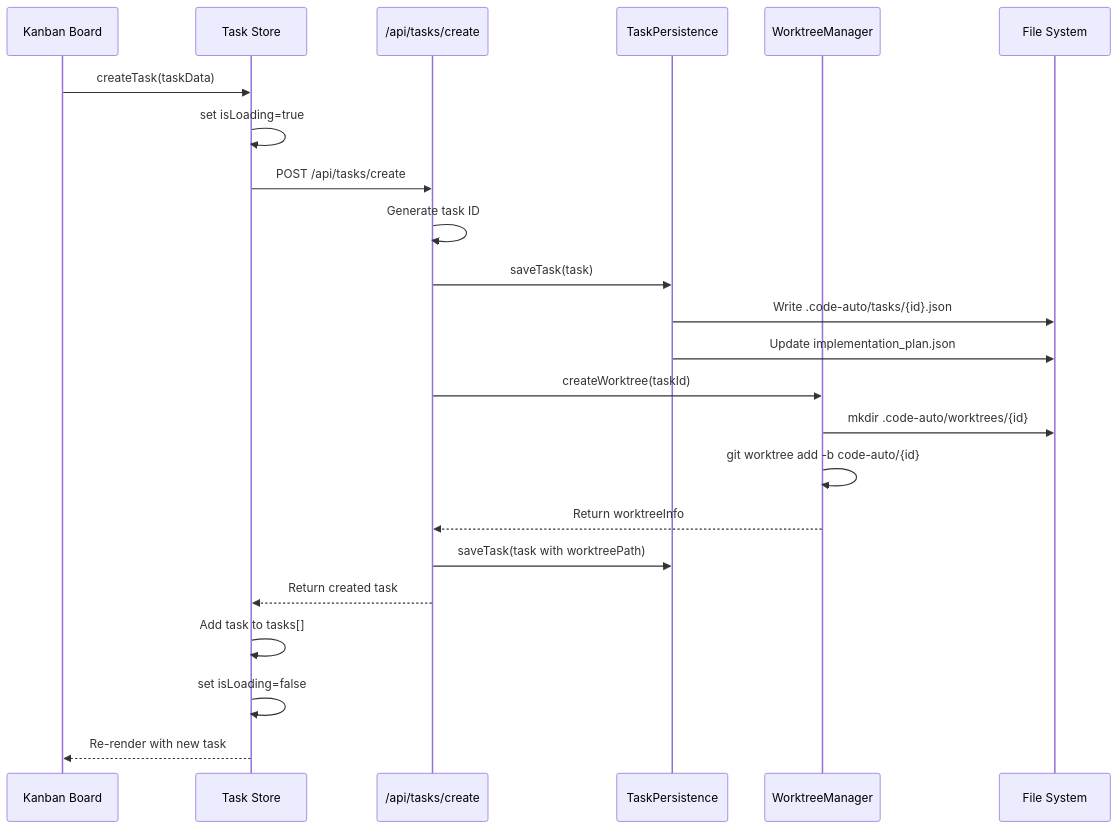
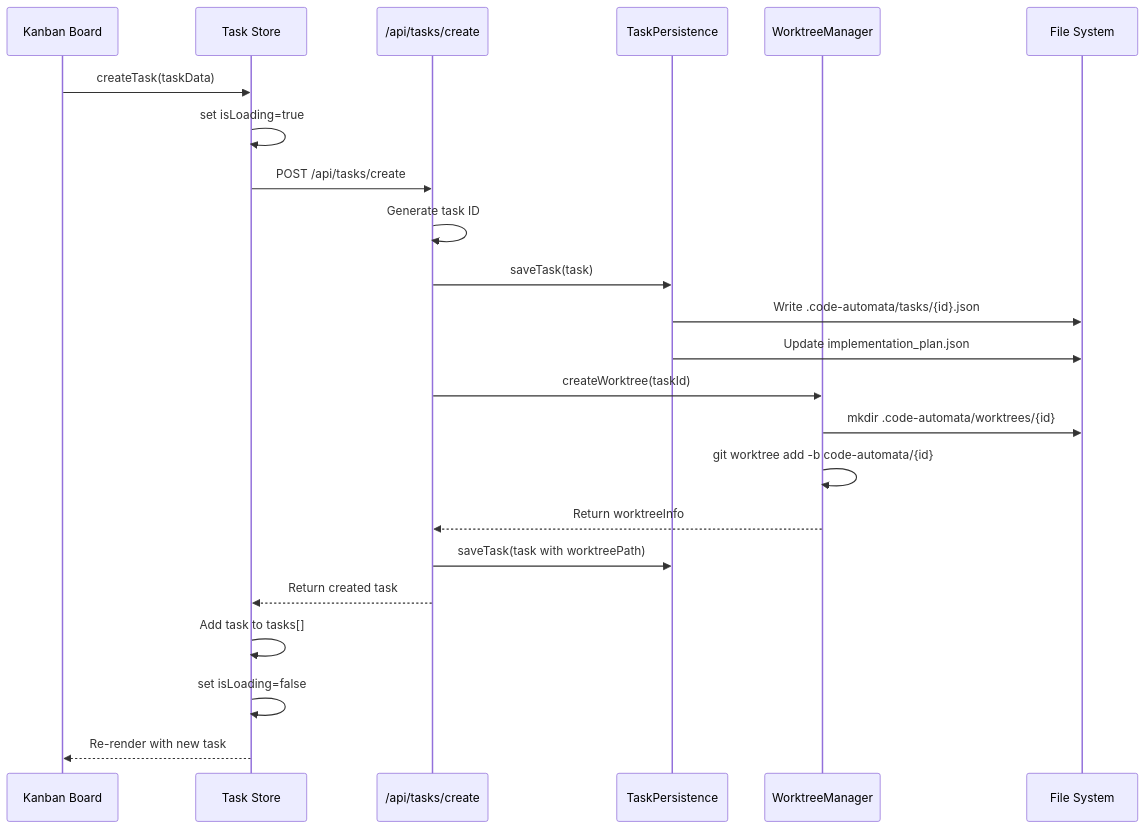
One commit to danted4/Code-Auto changed the first of 5 diagrams in docs/DATA_FLOW.md. Above: the diagram before and after it, drawn with Mermaid. The commit also changed other lines of this file and 73 other files, not shown here.

````diff
--- a/docs/DATA_FLOW.md
+++ b/docs/DATA_FLOW.md
@@ -122,26 +122,26 @@
 ```mermaid
 sequenceDiagram
     participant UI as Kanban Board
     participant Store as Task Store
     participant API as /api/tasks/create
     participant Persist as TaskPersistence
     participant Git as WorktreeManager
     participant FS as File System
 
     UI->>Store: createTask(taskData)
     Store->>Store: set isLoading=true
     Store->>API: POST /api/tasks/create
     API->>API: Generate task ID
     API->>Persist: saveTask(task)
-    Persist->>FS: Write .code-auto/tasks/{id}.json
+    Persist->>FS: Write .code-automata/tasks/{id}.json
     Persist->>FS: Update implementation_plan.json
     API->>Git: createWorktree(taskId)
-    Git->>FS: mkdir .code-auto/worktrees/{id}
-    Git->>Git: git worktree add -b code-auto/{id}
+    Git->>FS: mkdir .code-automata/worktrees/{id}
+    Git->>Git: git worktree add -b code-automata/{id}
     Git-->>API: Return worktreeInfo
     API->>Persist: saveTask(task with worktreePath)
     API-->>Store: Return created task
     Store->>Store: Add task to tasks[]
     Store->>Store: set isLoading=false
     Store-->>UI: Re-render with new task
 ```
````
